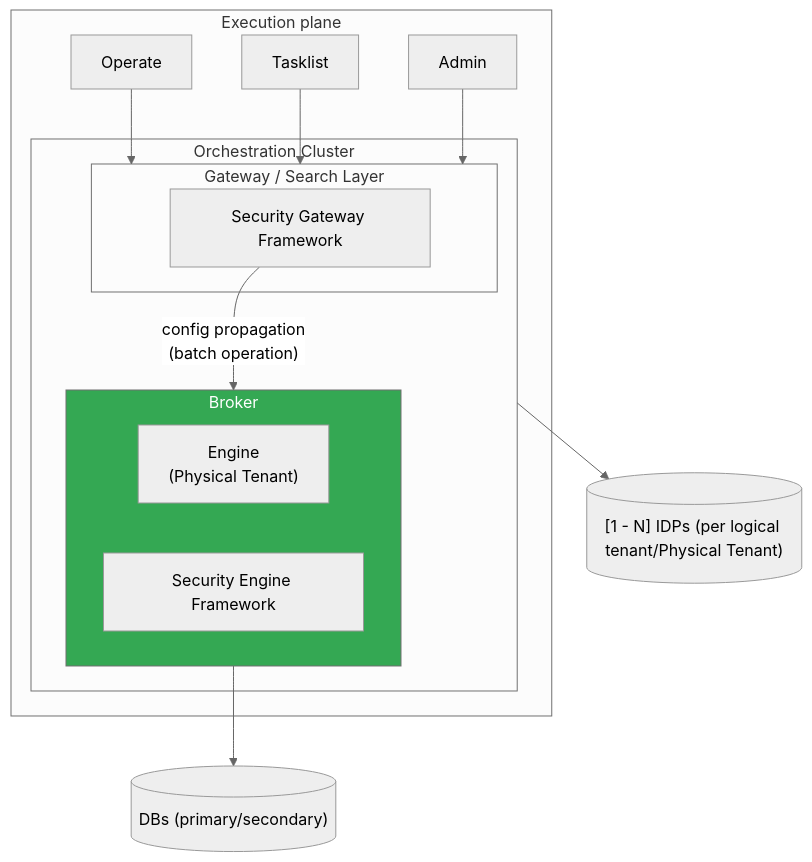
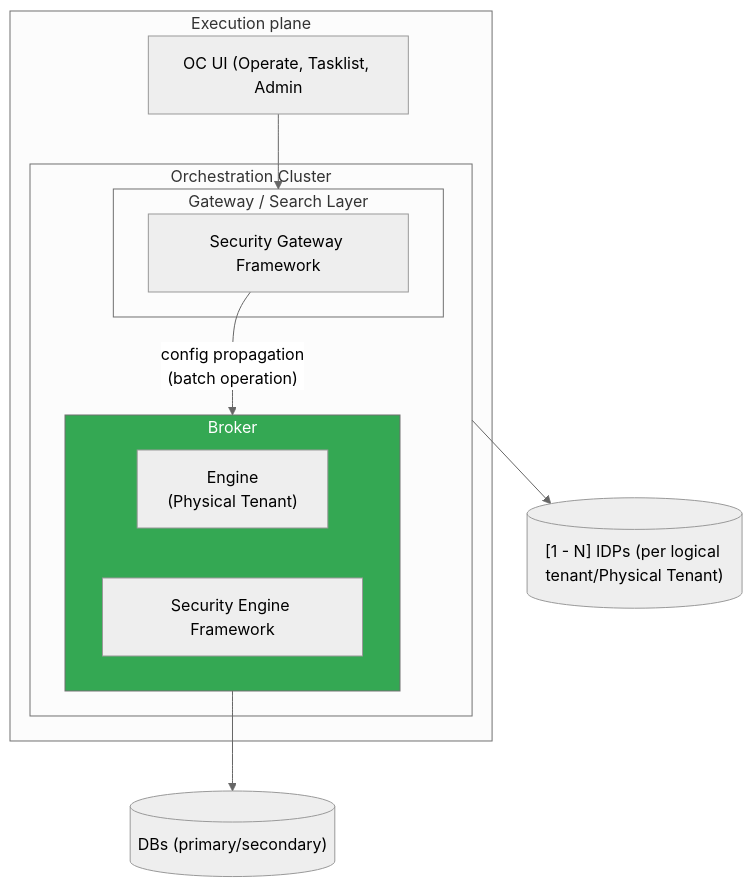
One commit to camunda/camunda-security-library changed the sixth of 22 diagrams in docs/architecture_docs.md. Above: the diagram before and after it, drawn with Mermaid (neutral theme). The commit also changed other lines of this file, not shown here.

First line of the commit message:
docs: Refined architecture doc:

````diff
--- a/docs/architecture_docs.md
+++ b/docs/architecture_docs.md
@@ -492,32 +531,30 @@
 ```mermaid
 flowchart TB
 
   subgraph Execution["Execution plane"]
-    Operate["Operate"]
-    Tasklist["Tasklist"]
-    AdminUI["Admin"]
+    OcUi["OC UI (Operate, Tasklist, Admin"]
 
     subgraph OC["Orchestration Cluster"]
       subgraph GatewayLayer["Gateway / Search Layer"]
         OCLib["Security Gateway Framework"]
       end
 
       subgraph Broker["Broker"]
         Engine["Engine</br>(Physical Tenant)"]
         EngLib["Security Engine Framework"]
       end
 
       OCLib -->|"config propagation</br>(batch operation)"| Broker
     end
   end
 
-  Operate & Tasklist & AdminUI --> GatewayLayer
+  OcUi --> GatewayLayer
 
   IdPs[("[1 - N] IDPs (per logical tenant/Physical Tenant)")]
   DBs[("DBs (primary/secondary)")]
 
   Broker --> DBs
   OC --> IdPs
 
   style Broker fill:#34a853,color:#fff
 ```
````
